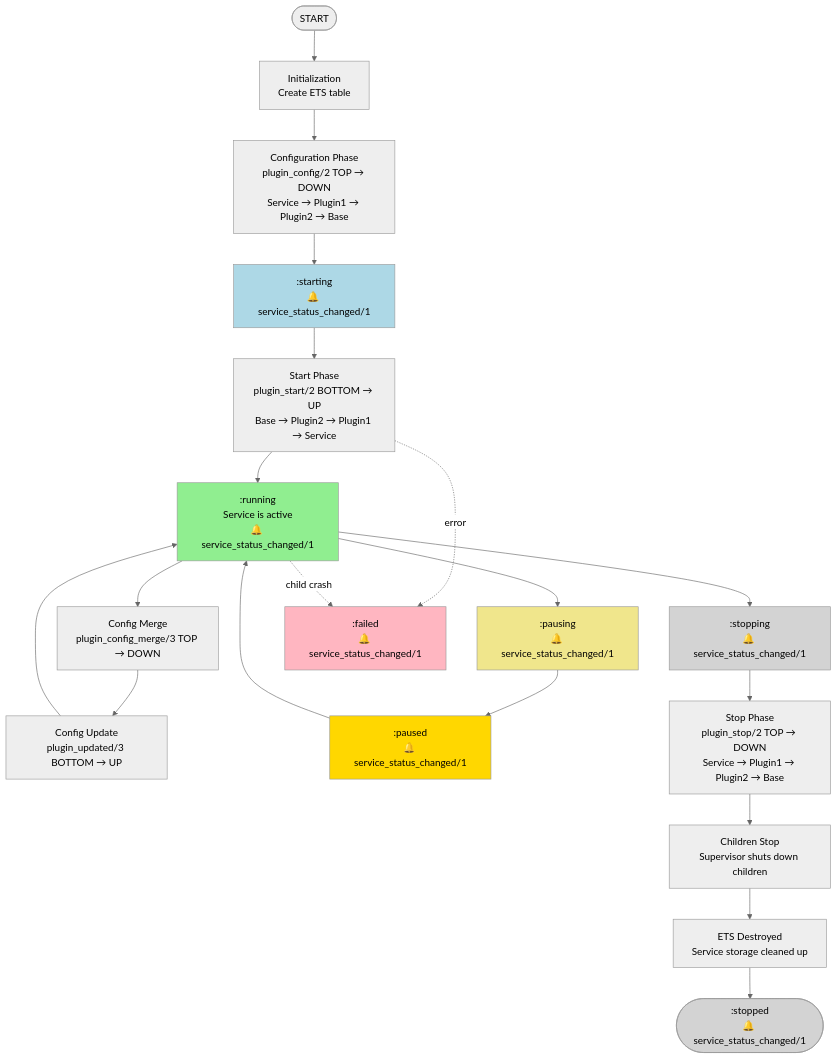
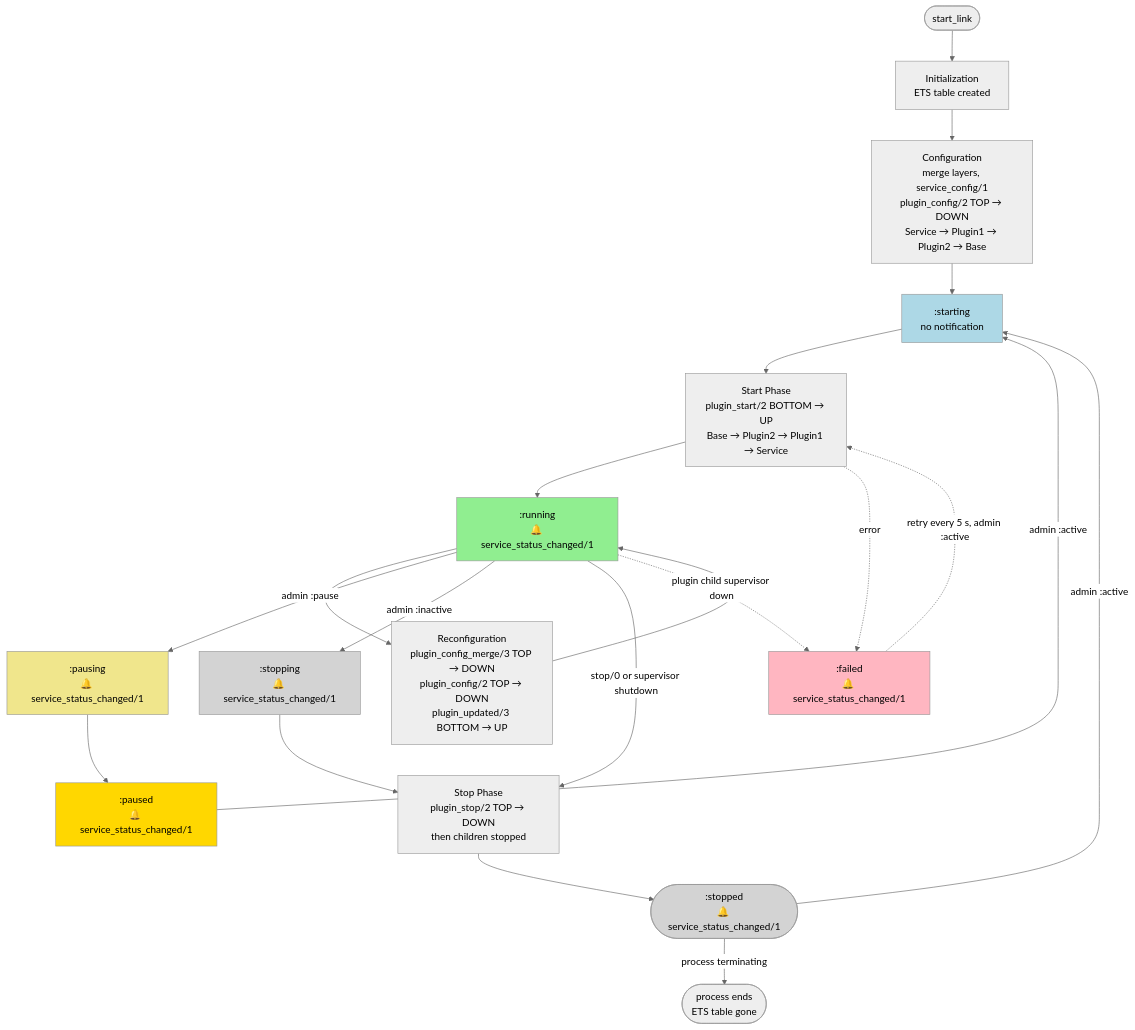
One commit to netkubes/malla changed the diagram in guides/06-lifecycle.md. Above: the diagram before and after it, drawn with Mermaid (neutral theme). The commit also changed other lines of this file and 26 other files, not shown here.

````diff
--- a/guides/06-lifecycle.md
+++ b/guides/06-lifecycle.md
@@ -33,46 +33,45 @@
 ```mermaid
 flowchart TD
-    START([START])
-    INIT[Initialization<br/>Create ETS table]
-    CONFIG[Configuration Phase<br/>plugin_config/2 TOP → DOWN<br/>Service → Plugin1 → Plugin2 → Base]
-    STARTING[":starting<br/>🔔 service_status_changed/1"]
+    START([start_link])
+    INIT[Initialization<br/>ETS table created]
+    CONFIG[Configuration<br/>merge layers, service_config/1<br/>plugin_config/2 TOP → DOWN<br/>Service → Plugin1 → Plugin2 → Base]
+    STARTING[":starting<br/>no notification"]
     PLUGIN_START[Start Phase<br/>plugin_start/2 BOTTOM → UP<br/>Base → Plugin2 → Plugin1 → Service]
-    RUNNING[":running<br/>Service is active<br/>🔔 service_status_changed/1"]
-    RECONFIG_MERGE[Config Merge<br/>plugin_config_merge/3 TOP → DOWN]
-    RECONFIG_UPDATE[Config Update<br/>plugin_updated/3 BOTTOM → UP]
+    RUNNING[":running<br/>🔔 service_status_changed/1"]
+    RECONFIG[Reconfiguration<br/>plugin_config_merge/3 TOP → DOWN<br/>plugin_config/2 TOP → DOWN<br/>plugin_updated/3 BOTTOM → UP]
     PAUSING[":pausing<br/>🔔 service_status_changed/1"]
     PAUSE[":paused<br/>🔔 service_status_changed/1"]
     STOPPING[":stopping<br/>🔔 service_status_changed/1"]
-    STOP[Stop Phase<br/>plugin_stop/2 TOP → DOWN<br/>Service → Plugin1 → Plugin2 → Base]
-    CHILDREN[Children Stop<br/>Supervisor shuts down children]
-    ETS[ETS Destroyed<br/>Service storage cleaned up]
+    STOP[Stop Phase<br/>plugin_stop/2 TOP → DOWN<br/>then children stopped]
     STOPPED([":stopped<br/>🔔 service_status_changed/1"])
     FAILED[":failed<br/>🔔 service_status_changed/1"]
+    EXIT([process ends<br/>ETS table gone])
     
     START --> INIT
     INIT --> CONFIG
     CONFIG --> STARTING
     STARTING --> PLUGIN_START
     PLUGIN_START --> RUNNING
-    RUNNING --> RECONFIG_MERGE
-    RECONFIG_MERGE --> RECONFIG_UPDATE
-    RECONFIG_UPDATE --> RUNNING
-    RUNNING --> PAUSING
+    RUNNING --> RECONFIG
+    RECONFIG --> RUNNING
+    RUNNING -->|admin :pause| PAUSING
     PAUSING --> PAUSE
-    PAUSE --> RUNNING
-    RUNNING --> STOPPING
+    PAUSE -->|admin :active| STARTING
+    RUNNING -->|admin :inactive| STOPPING
     STOPPING --> STOP
-    STOP --> CHILDREN
-    CHILDREN --> ETS
-    ETS --> STOPPED
+    STOP --> STOPPED
+    STOPPED -->|admin :active| STARTING
+    RUNNING -->|stop/0 or supervisor shutdown| STOP
+    STOPPED -->|process terminating| EXIT
     PLUGIN_START -.->|error| FAILED
-    RUNNING -.->|child crash| FAILED
+    RUNNING -.->|plugin child supervisor down| FAILED
+    FAILED -.->|retry every 5 s, admin :active| PLUGIN_START
     
     style RUNNING fill:#90EE90
     style PAUSE fill:#FFD700
     style STOPPED fill:#D3D3D3
     style FAILED fill:#FFB6C1
     style STARTING fill:#ADD8E6
     style PAUSING fill:#F0E68C
     style STOPPING fill:#D3D3D3
 ```
````
